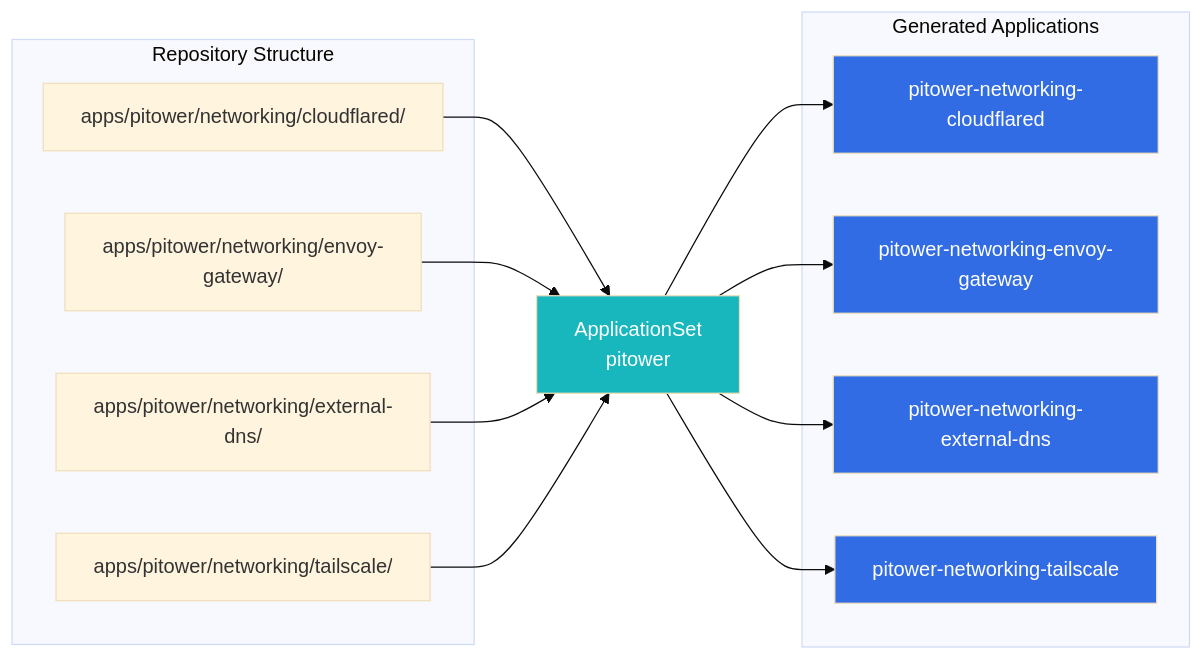
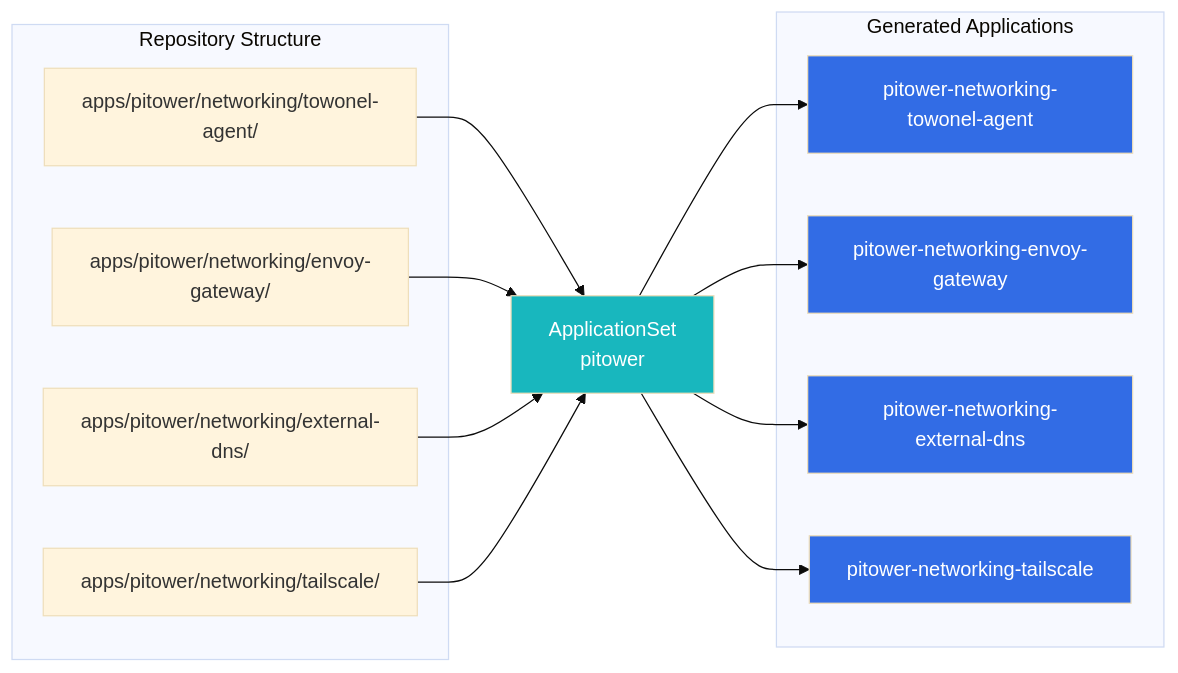
Before and after one commit to swibrow/home-ops: the diagram in docs/gitops/application-sets.md, drawn with Mermaid (base theme). The commit also changed 28 other files, not shown here.

First line of the commit message:
feat(networking): deprecate cloudflared, towonel is the only tunnel

````diff
--- a/docs/gitops/application-sets.md
+++ b/docs/gitops/application-sets.md
@@ -27,27 +27,27 @@
 ```mermaid
 flowchart LR
     subgraph "Repository Structure"
-        dir1["apps/pitower/networking/cloudflared/"]
+        dir1["apps/pitower/networking/towonel-agent/"]
         dir2["apps/pitower/networking/envoy-gateway/"]
         dir3["apps/pitower/networking/external-dns/"]
         dir4["apps/pitower/networking/tailscale/"]
     end
 
     AS[ApplicationSet\npitower]
 
     subgraph "Generated Applications"
-        app1["pitower-networking-cloudflared"]
+        app1["pitower-networking-towonel-agent"]
         app2["pitower-networking-envoy-gateway"]
         app3["pitower-networking-external-dns"]
         app4["pitower-networking-tailscale"]
     end
 
     dir1 & dir2 & dir3 & dir4 --> AS
     AS --> app1 & app2 & app3 & app4
 
     style AS fill:#18b7be,color:#fff
     style app1 fill:#326ce5,color:#fff
     style app2 fill:#326ce5,color:#fff
     style app3 fill:#326ce5,color:#fff
     style app4 fill:#326ce5,color:#fff
 ```
````
